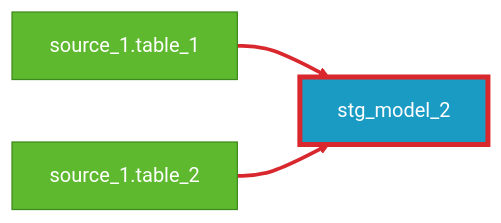
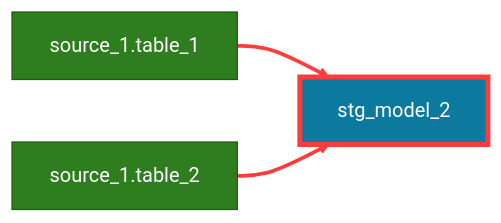
One commit to dbt-labs/dbt-project-evaluator changed the seventh of 21 diagrams in docs/rules/modeling.md. Above: the diagram before and after it, drawn with Mermaid. The commit also changed other lines of this file and 6 other files, not shown here.

Commit message:
Readable Mermaid diagrams in both color schemes; scope the source selection note to dbt check

````diff
--- a/docs/rules/modeling.md
+++ b/docs/rules/modeling.md
@@ -273,14 +273,14 @@
 ```mermaid
 flowchart LR
-    classDef source fill:#5eb92f,stroke:#3d8a1c,color:#fff
-    classDef staging fill:#1a9bc4,stroke:#0e6f8f,color:#fff
-    classDef flagged stroke:#d9272e,stroke-width:4px
+    classDef source fill:#2e7d1e,stroke:#1f5a13,color:#fff
+    classDef staging fill:#0b7a9e,stroke:#085a75,color:#fff
+    classDef flagged stroke:#ff3b3b,stroke-width:4px
     source_1_table_1["source_1.table_1"]:::source
     stg_model_2["stg_model_2"]:::staging
     source_1_table_2["source_1.table_2"]:::source
     source_1_table_1 --> stg_model_2
     source_1_table_2 --> stg_model_2
     class stg_model_2 flagged
-    linkStyle 0 stroke:#d9272e,stroke-width:3px
-    linkStyle 1 stroke:#d9272e,stroke-width:3px
+    linkStyle 0 stroke:#ff3b3b,stroke-width:3px
+    linkStyle 1 stroke:#ff3b3b,stroke-width:3px
 ```
````
